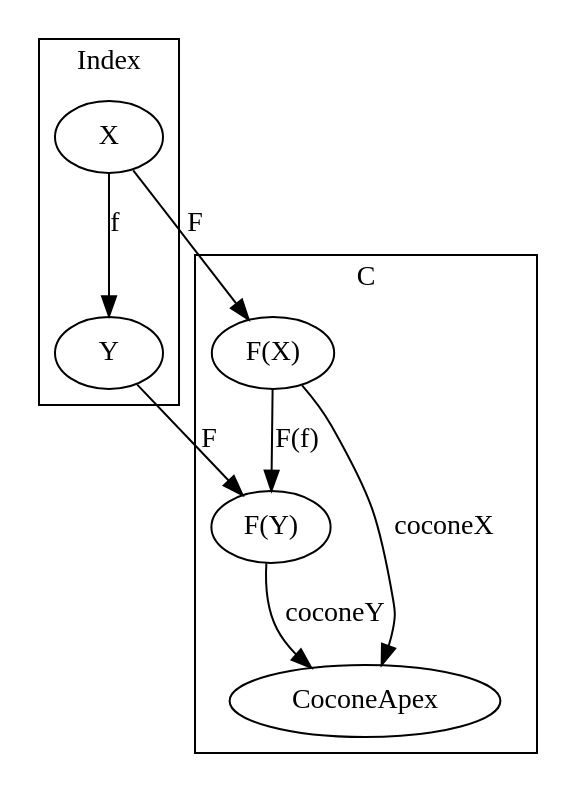
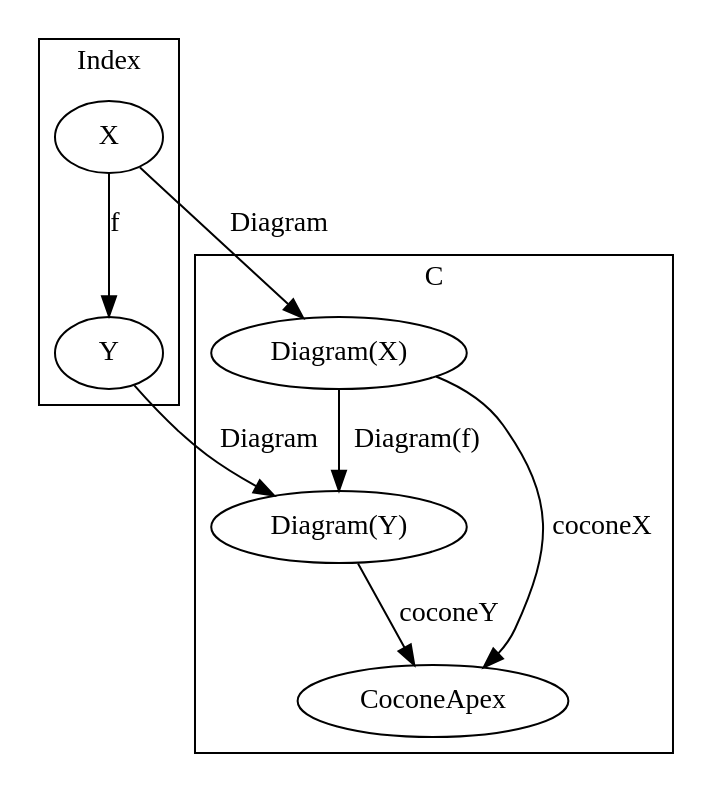
Before and after one commit to frankymacster/category-theory-graphviz: the fourth of 4 diagrams in cone.md, drawn with Graphviz. The commit also changed other lines of this file, not shown here.

````diff
--- a/cone.md
+++ b/cone.md
@@ -66,27 +66,27 @@
 ```graphviz
 digraph G {
   subgraph clusterJ {
     label="Index"
 
     "X"
     "Y"
   }
 
   subgraph clusterC {
     label="C"
 
     "CoconeApex"
-    "F(X)"
-    "F(Y)"
+    "Diagram(X)"
+    "Diagram(Y)"
   }
 
   "X" -> "Y" [label="f"]
 
-  "X" -> "F(X)" [label="F"]
-  "Y" -> "F(Y)" [label="F"]
-  "F(X)" -> "F(Y)" [label="F(f)"]
+  "X" -> "Diagram(X)" [label="Diagram"]
+  "Y" -> "Diagram(Y)" [label="Diagram"]
+  "Diagram(X)" -> "Diagram(Y)" [label="Diagram(f)"]
 
-  "F(X)" -> "CoconeApex" [label="coconeX"]
-  "F(Y)" -> "CoconeApex" [label="coconeY"]
+  "Diagram(X)" -> "CoconeApex" [label="coconeX"]
+  "Diagram(Y)" -> "CoconeApex" [label="coconeY"]
 }
 ```
````
